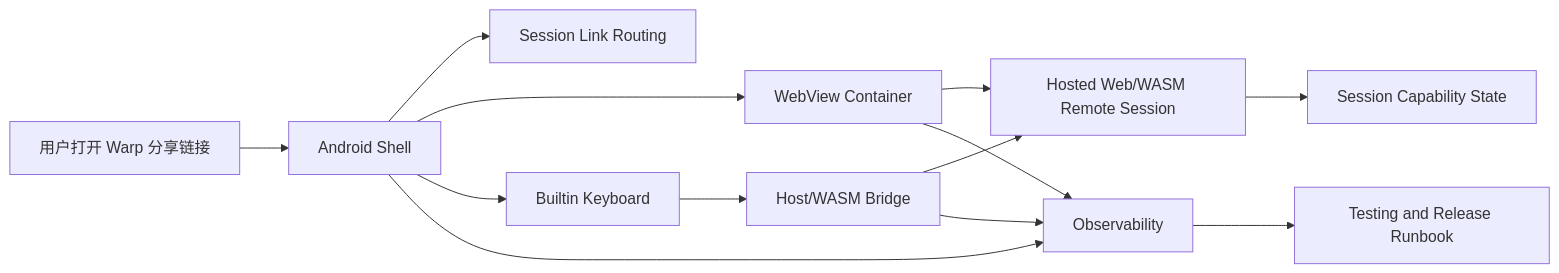
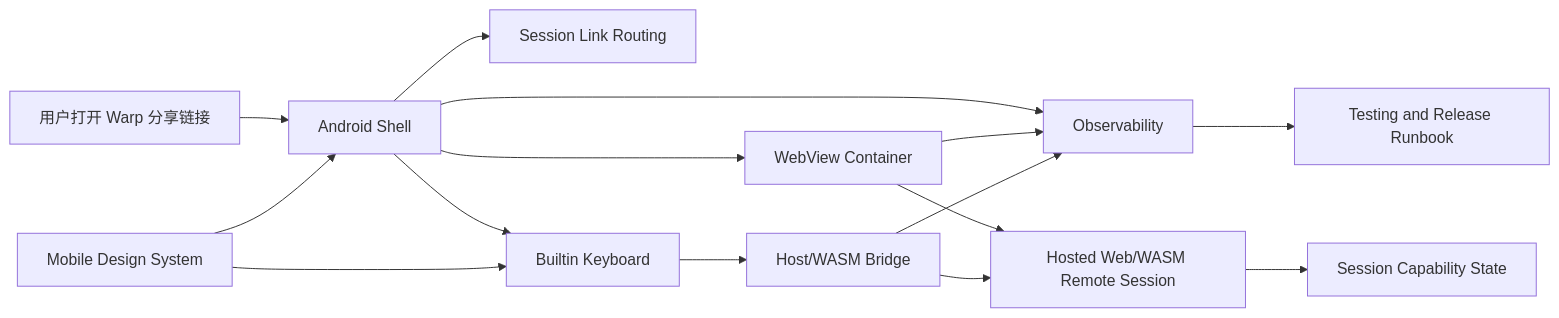
Before and after one commit to ceasarXuu/warp-mobile: the diagram in specs/android-webview-remote-control/README.md, drawn with Mermaid. The commit also changed other lines of this file and 6 other files, not shown here.

Commit message:
docs: add mobile design system constraints

````diff
--- a/specs/android-webview-remote-control/README.md
+++ b/specs/android-webview-remote-control/README.md
@@ -26,15 +27,17 @@
 ```mermaid
 flowchart LR
     A["用户打开 Warp 分享链接"] --> B["Android Shell"]
     B --> C["Session Link Routing"]
     B --> D["WebView Container"]
     D --> E["Hosted Web/WASM Remote Session"]
     B --> F["Builtin Keyboard"]
     F --> G["Host/WASM Bridge"]
     G --> E
     E --> H["Session Capability State"]
     B --> I["Observability"]
     D --> I
     G --> I
     I --> J["Testing and Release Runbook"]
+    K["Mobile Design System"] --> B
+    K --> F
 ```
````
